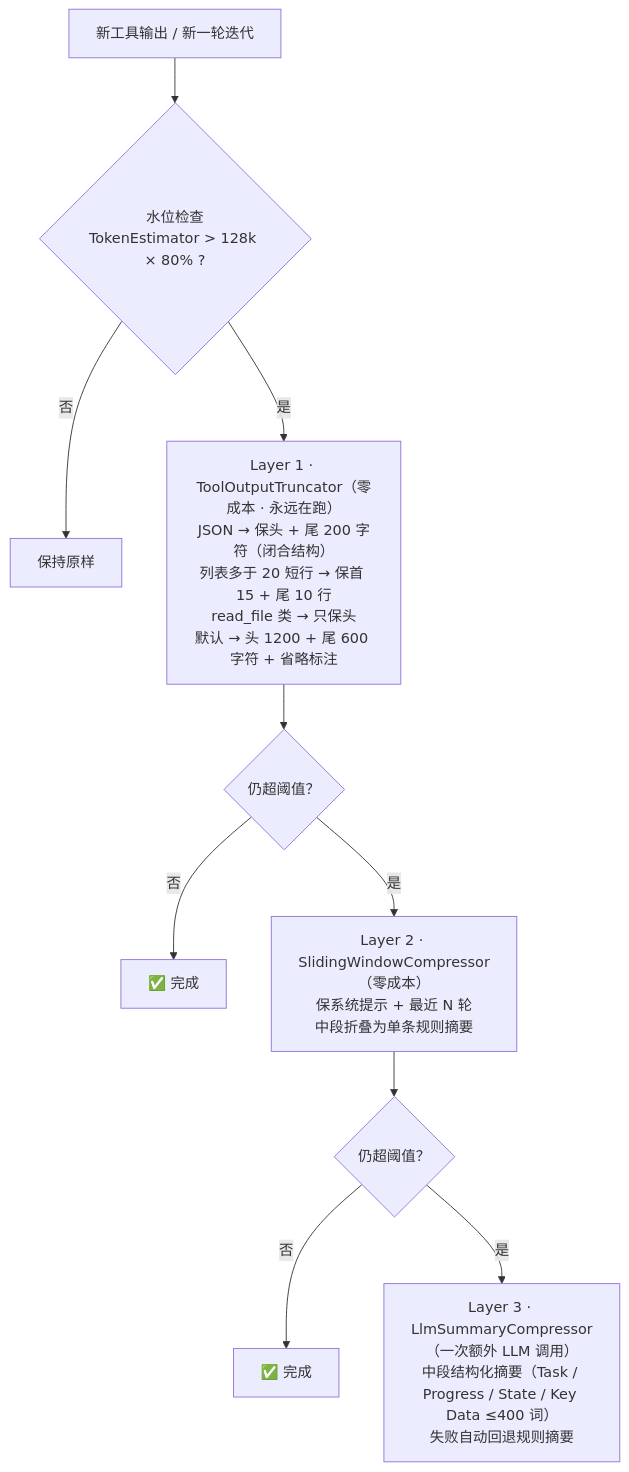
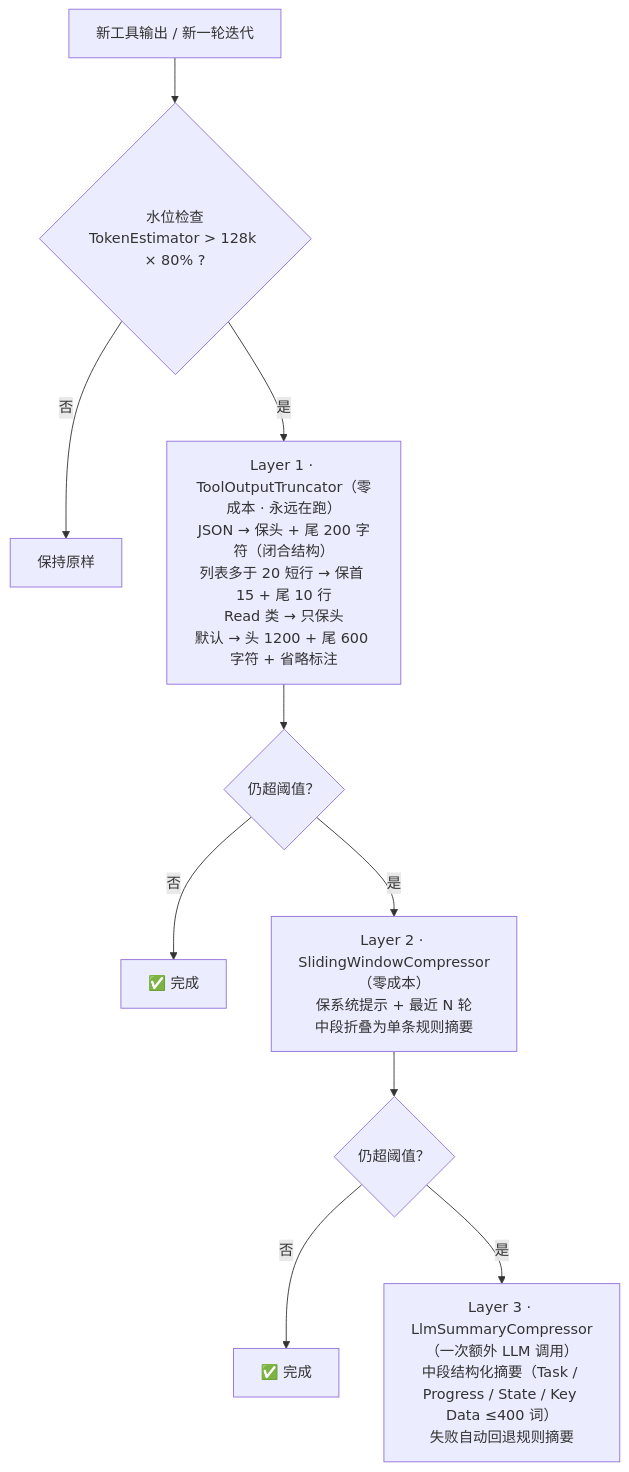
The fifth of 5 diagrams in README.md (Ultra-Guru/Android-Guru-Agent), drawn with Mermaid before and after one commit. The commit also changed other lines of this file and 477 other files, not shown here.

````diff
--- a/README.md
+++ b/README.md
@@ -594,12 +594,12 @@
 ```mermaid
 flowchart TD
     IN["新工具输出 / 新一轮迭代"] --> W{"水位检查<br/>TokenEstimator > 128k × 80% ?"}
     W -- 否 --> KEEP["保持原样"]
-    W -- 是 --> C1["Layer 1 · ToolOutputTruncator（零成本 · 永远在跑）<br/>JSON → 保头 + 尾 200 字符（闭合结构）<br/>列表多于 20 短行 → 保首 15 + 尾 10 行<br/>read_file 类 → 只保头<br/>默认 → 头 1200 + 尾 600 字符 + 省略标注"]
+    W -- 是 --> C1["Layer 1 · ToolOutputTruncator（零成本 · 永远在跑）<br/>JSON → 保头 + 尾 200 字符（闭合结构）<br/>列表多于 20 短行 → 保首 15 + 尾 10 行<br/>Read 类 → 只保头<br/>默认 → 头 1200 + 尾 600 字符 + 省略标注"]
     C1 --> W2{"仍超阈值？"}
     W2 -- 否 --> DONE1["✅ 完成"]
     W2 -- 是 --> C2["Layer 2 · SlidingWindowCompressor（零成本）<br/>保系统提示 + 最近 N 轮<br/>中段折叠为单条规则摘要"]
     C2 --> W3{"仍超阈值？"}
     W3 -- 否 --> DONE2["✅ 完成"]
     W3 -- 是 --> C3["Layer 3 · LlmSummaryCompressor（一次额外 LLM 调用）<br/>中段结构化摘要（Task / Progress / State / Key Data ≤400 词）<br/>失败自动回退规则摘要"]
 ```
````
